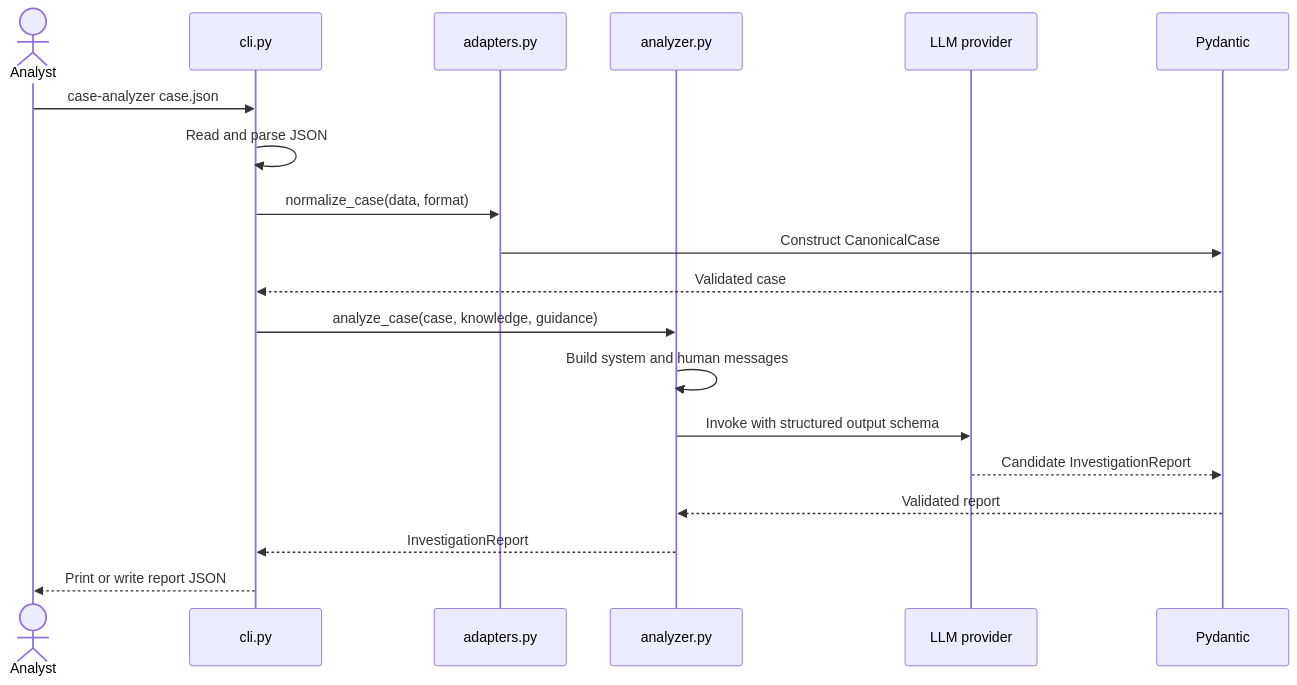
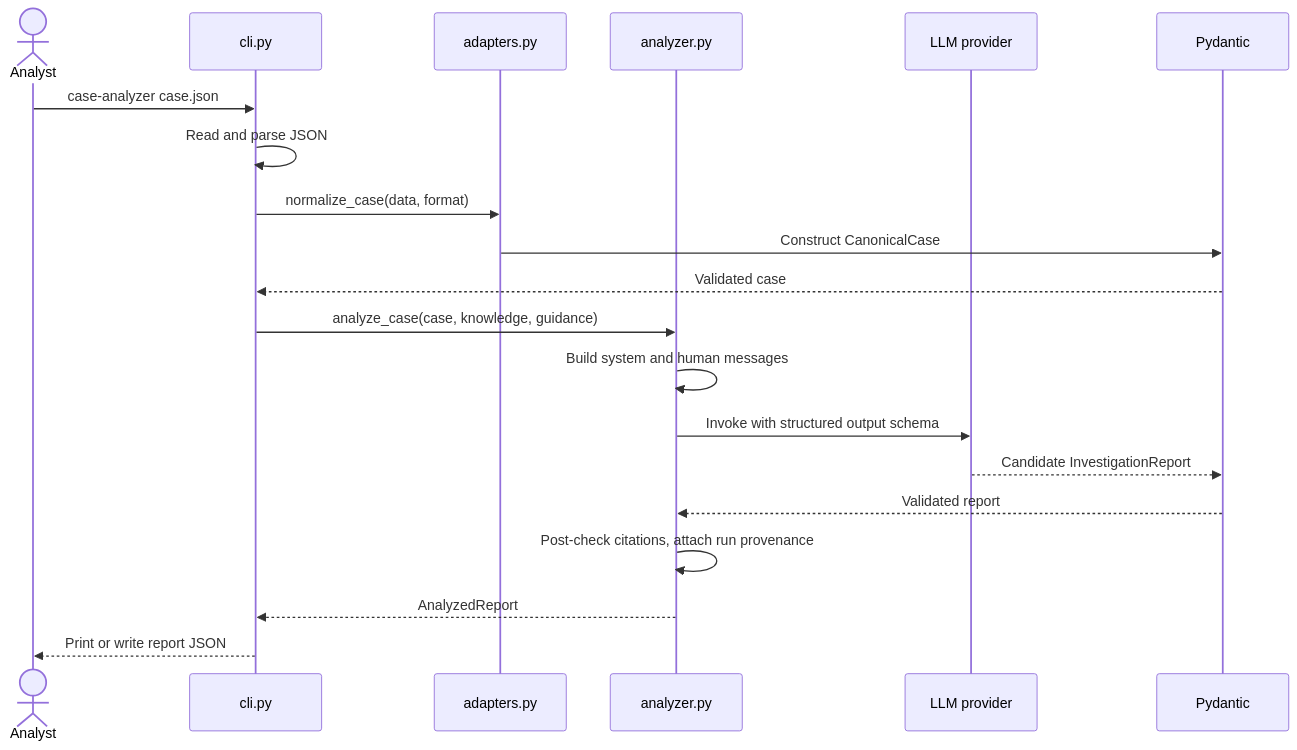
One commit to irom77/soc-analyst changed the second of 5 diagrams in case-analyzer-code.md. Above: the diagram before and after it, drawn with Mermaid. The commit also changed other lines of this file and 12 other files, not shown here.

````diff
--- a/case-analyzer-code.md
+++ b/case-analyzer-code.md
@@ -71,22 +71,23 @@
 ```mermaid
 sequenceDiagram
     actor Analyst
     participant CLI as cli.py
     participant Adapter as adapters.py
     participant Analyzer as analyzer.py
     participant Model as LLM provider
     participant Schema as Pydantic
 
     Analyst->>CLI: case-analyzer case.json
     CLI->>CLI: Read and parse JSON
     CLI->>Adapter: normalize_case(data, format)
     Adapter->>Schema: Construct CanonicalCase
     Schema-->>CLI: Validated case
     CLI->>Analyzer: analyze_case(case, knowledge, guidance)
     Analyzer->>Analyzer: Build system and human messages
     Analyzer->>Model: Invoke with structured output schema
     Model-->>Schema: Candidate InvestigationReport
     Schema-->>Analyzer: Validated report
-    Analyzer-->>CLI: InvestigationReport
+    Analyzer->>Analyzer: Post-check citations, attach run provenance
+    Analyzer-->>CLI: AnalyzedReport
     CLI-->>Analyst: Print or write report JSON
 ```
````
